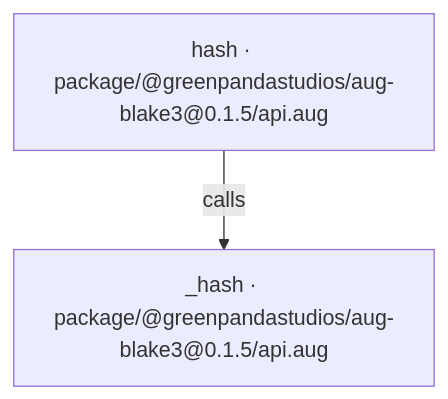
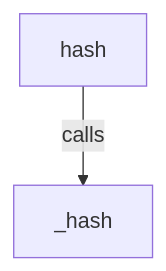
The first of 2 diagrams in docs/examples/native-blake3/dependencies/packages/@greenpandastudios/aug-blake3/0.1.5/api-diagrams.md (GreenPandaStudios/augscript), drawn with Mermaid before and after one commit. The commit also changed other lines of this file and 524 other files, not shown here.

Commit message:
Explain checked data flow at folder and service levels

````diff
--- a/docs/examples/native-blake3/dependencies/packages/@greenpandastudios/aug-blake3/0.1.5/api-diagrams.md
+++ b/docs/examples/native-blake3/dependencies/packages/@greenpandastudios/aug-blake3/0.1.5/api-diagrams.md
@@ -23,6 +20,6 @@
 ```mermaid
 flowchart TD
-    n0["_hash · package/@greenpandastudios/aug-blake3@0.1.5/api.aug"]
-    n1["hash · package/@greenpandastudios/aug-blake3@0.1.5/api.aug"]
+    n0["_hash"]
+    n1["hash"]
     n1 -->|"calls"| n0
 ```
````
